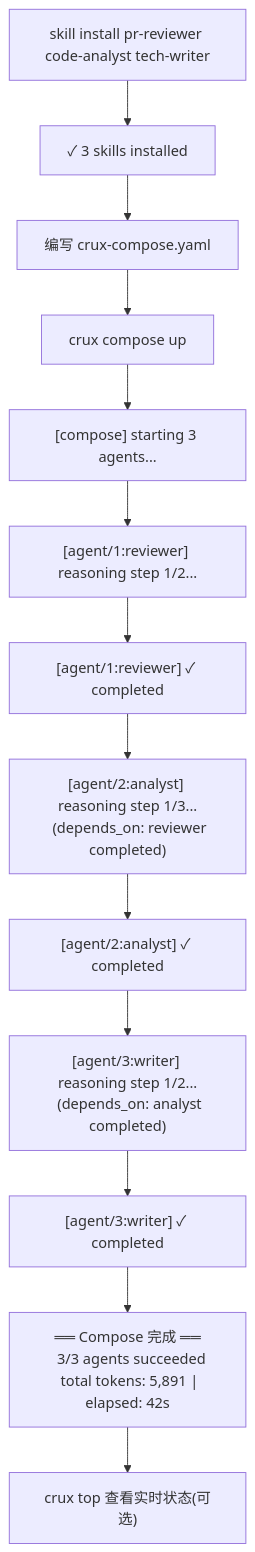
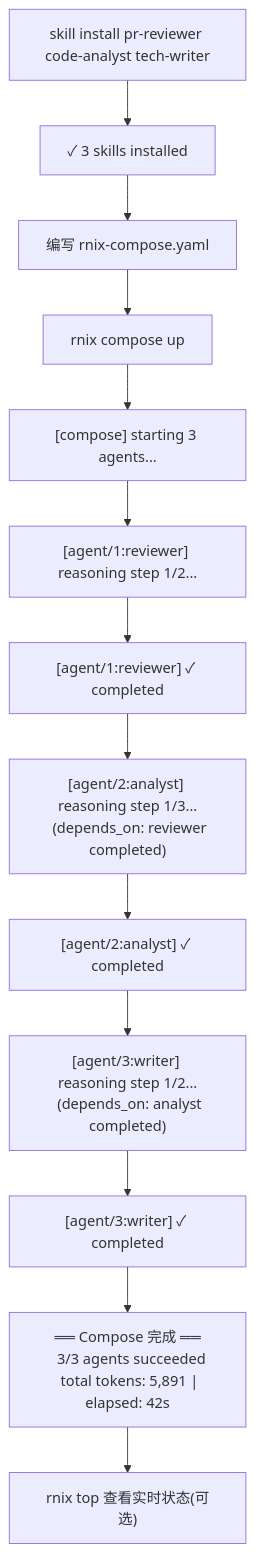
One commit to rnixai/rnix changed the fourth of 5 diagrams in _bmad-output/planning-artifacts/ux-design-specification.md. Above: the diagram before and after it, drawn with Mermaid. The commit also changed other lines of this file and 279 other files, not shown here.

First line of the commit message:
Rename project from Crux to Rnix

````diff
--- a/_bmad-output/planning-artifacts/ux-design-specification.md
+++ b/_bmad-output/planning-artifacts/ux-design-specification.md
@@ -980,15 +980,15 @@
 ```mermaid
 flowchart TD
     A["skill install pr-reviewer code-analyst tech-writer"] --> B["✓ 3 skills installed"]
-    B --> C[编写 crux-compose.yaml]
-    C --> D["crux compose up"]
+    B --> C[编写 rnix-compose.yaml]
+    C --> D["rnix compose up"]
     D --> E["[compose] starting 3 agents..."]
     E --> F["[agent/1:reviewer] reasoning step 1/2..."]
     F --> G["[agent/1:reviewer] ✓ completed"]
     G --> H["[agent/2:analyst] reasoning step 1/3...\n  (depends_on: reviewer completed)"]
     H --> I["[agent/2:analyst] ✓ completed"]
     I --> J["[agent/3:writer] reasoning step 1/2...\n  (depends_on: analyst completed)"]
     J --> K["[agent/3:writer] ✓ completed"]
     K --> L["══ Compose 完成 ══\n  3/3 agents succeeded\n  total tokens: 5,891 | elapsed: 42s"]
-    L --> M["crux top 查看实时状态(可选)"]
+    L --> M["rnix top 查看实时状态(可选)"]
 ```
````
